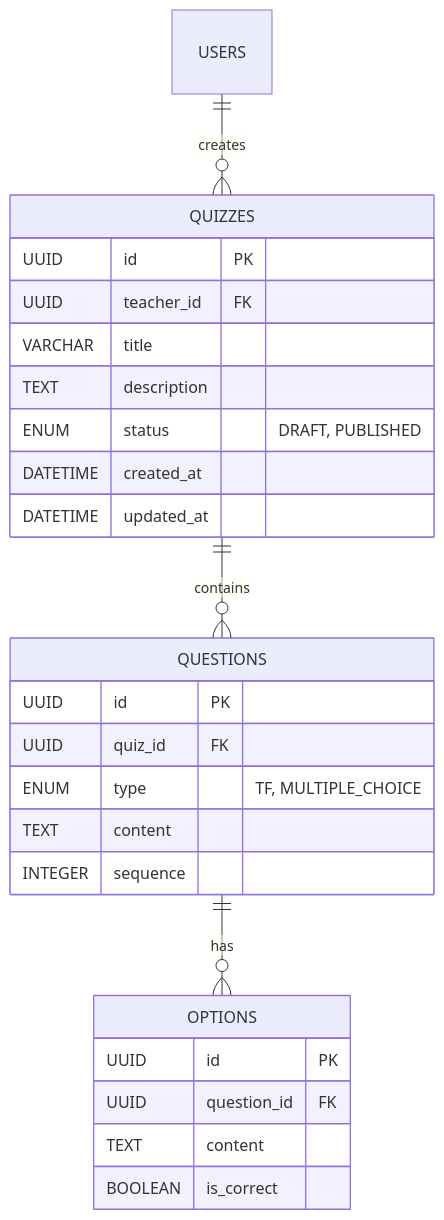
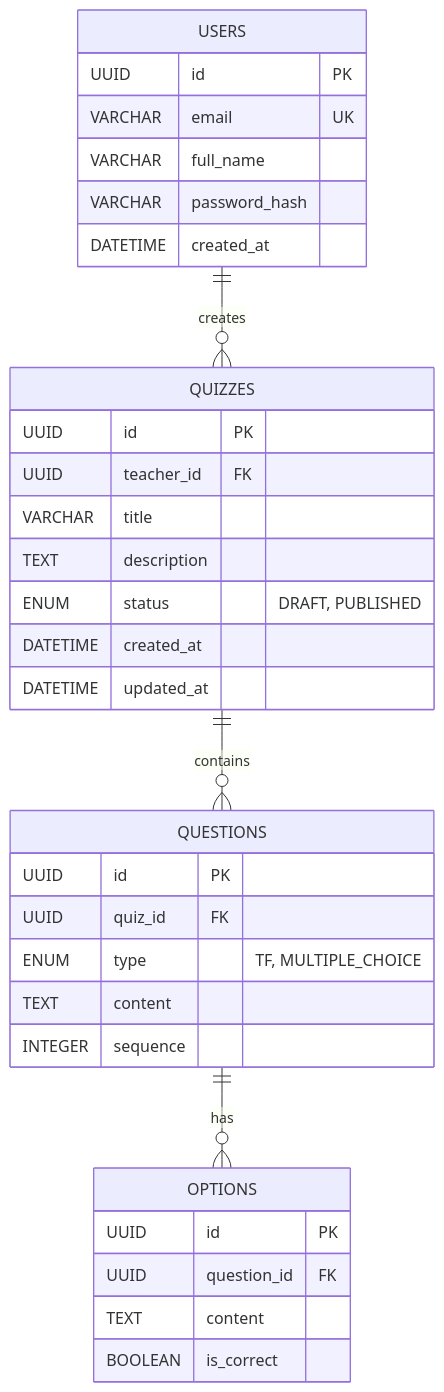
The diagram in specs/DataModel.md (ccacheroc/GAIA-Template), drawn with Mermaid before and after one commit. The commit also changed 130 other files, not shown here.

````diff
--- a/specs/DataModel.md
+++ b/specs/DataModel.md
@@ -7,31 +7,39 @@
 ```mermaid
 erDiagram
     USERS ||--o{ QUIZZES : "creates"
     QUIZZES ||--o{ QUESTIONS : "contains"
     QUESTIONS ||--o{ OPTIONS : "has"
+
+    USERS {
+        UUID id PK
+        VARCHAR email UK
+        VARCHAR full_name
+        VARCHAR password_hash
+        DATETIME created_at
+    }
 
     QUIZZES {
         UUID id PK
         UUID teacher_id FK
         VARCHAR title
         TEXT description
         ENUM status "DRAFT, PUBLISHED"
         DATETIME created_at
         DATETIME updated_at
     }
 
     QUESTIONS {
         UUID id PK
         UUID quiz_id FK
         ENUM type "TF, MULTIPLE_CHOICE"
         TEXT content
         INTEGER sequence
     }
 
     OPTIONS {
         UUID id PK
         UUID question_id FK
         TEXT content
         BOOLEAN is_correct
     }
 ```
````
